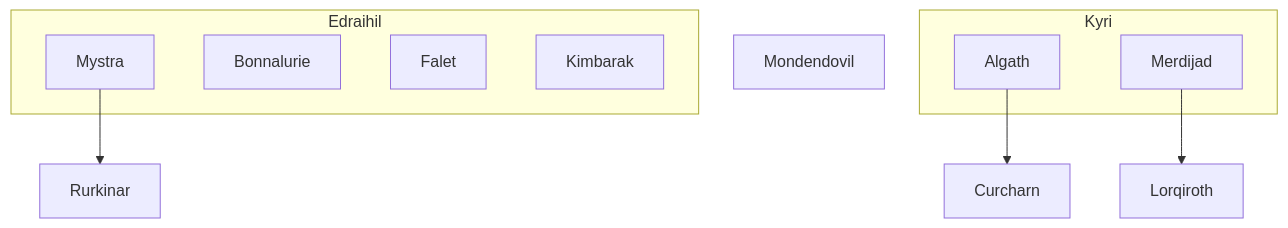
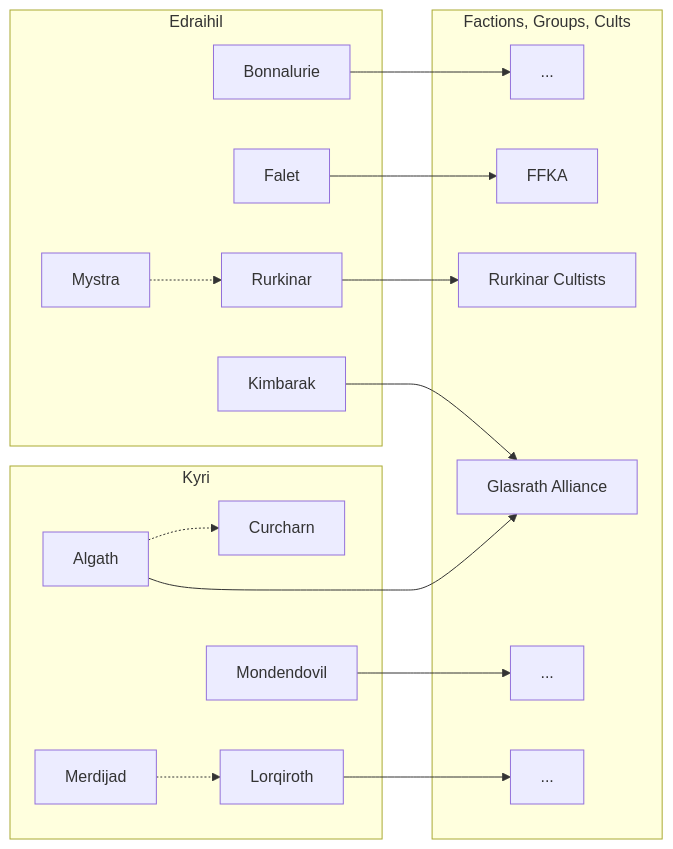
One commit to terra-campaigns/arrival changed the diagram in campaign/context/religions.md. Above: the diagram before and after it, drawn with Mermaid. The commit also changed other lines of this file and 2 other files, not shown here.

Commit message:
Gave the history of creation to players

````diff
--- a/campaign/context/religions.md
+++ b/campaign/context/religions.md
@@ -12,18 +11,27 @@
 ```mermaid
 %%{init: {'theme':'light'}}%%
-flowchart TD
+flowchart LR
+
 subgraph Edraihil
-	Mystra
 	Bonnalurie
 	Falet
+	Mystra -.-> Rurkinar
 	Kimbarak
 end
+
 subgraph Kyri
-	Algath
-	Merdijad
+	Algath -.-> Curcharn
+	Merdijad -.-> Lorqiroth
+	Mondendovil
 end
-	Mystra --> Rurkinar
-	Algath --> Curcharn
-	Merdijad --> Lorqiroth
-	Mondendovil
+
+subgraph idG1[Factions, Groups, Cults]
+	Rurkinar --> id1[Rurkinar Cultists]
+	Kimbarak --> id3[Glasrath Alliance]
+	Algath --> id3
+	Lorqiroth --> id4[...]
+	Bonnalurie --> id5[...]
+	Falet --> FFKA
+	Mondendovil --> id6[...]
+end
 ```
````
